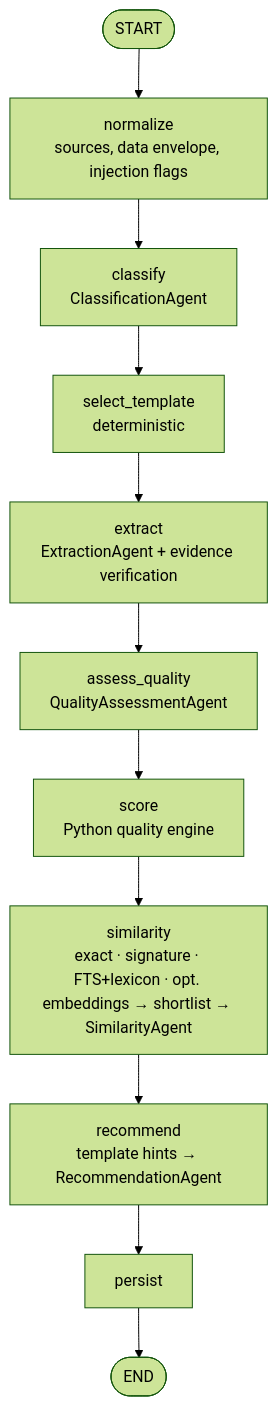
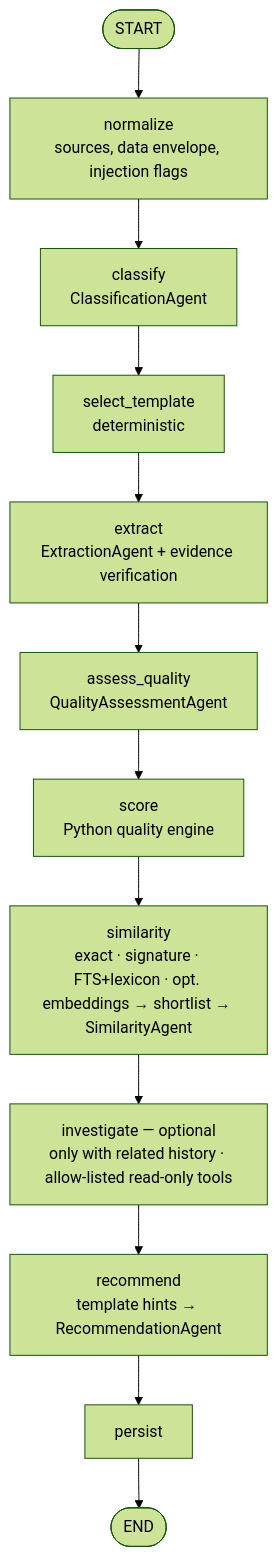
The diagram in docs/agents.md (mecitsemerci/branchops-intelligence), drawn with Mermaid (forest theme) before and after one commit. The commit also changed other lines of this file and 19 other files, not shown here.

First line of the commit message:
Add an optional, bounded history investigation step

````diff
--- a/docs/agents.md
+++ b/docs/agents.md
@@ -10,13 +10,14 @@
 ```mermaid
 flowchart TD
     S([START]) --> N[normalize<br/>sources, data envelope, injection flags]
     N --> C[classify<br/>ClassificationAgent]
     C --> T[select_template<br/>deterministic]
     T --> E[extract<br/>ExtractionAgent + evidence verification]
     E --> Q[assess_quality<br/>QualityAssessmentAgent]
     Q --> SC[score<br/>Python quality engine]
     SC --> SI[similarity<br/>exact · signature · FTS+lexicon · opt. embeddings → shortlist → SimilarityAgent]
-    SI --> R[recommend<br/>template hints → RecommendationAgent]
+    SI --> I[investigate — optional<br/>only with related history · allow-listed read-only tools]
+    I --> R[recommend<br/>template hints → RecommendationAgent]
     R --> P[persist]
     P --> X([END])
 ```
````
